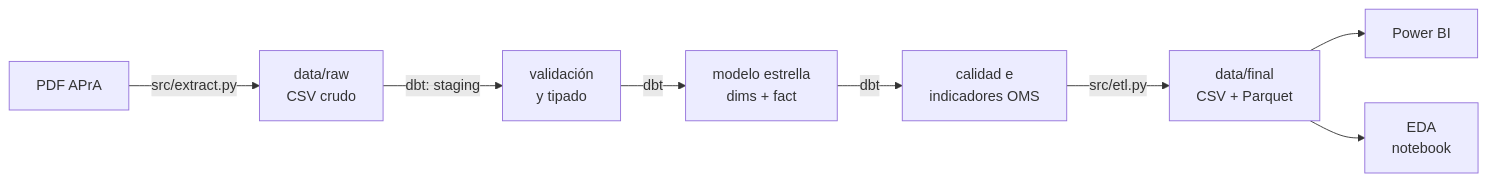
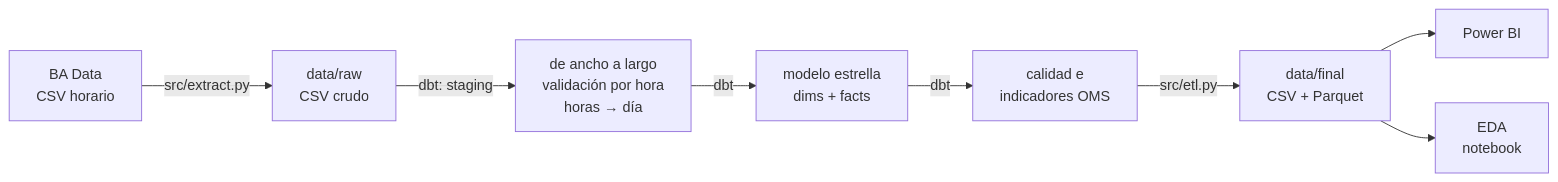
The diagram in README.md (ezequielmaranda/nox-ciudad), drawn with Mermaid before and after one commit. The commit also changed other lines of this file and 19 other files, not shown here.

````diff
--- a/README.md
+++ b/README.md
@@ -220,10 +228,10 @@
 ```mermaid
 flowchart LR
-    A["PDF APrA"] -- "src/extract.py" --> B["data/raw<br/>CSV crudo"]
-    B -- "dbt: staging" --> C["validación<br/>y tipado"]
-    C -- "dbt" --> D["modelo estrella<br/>dims + fact"]
+    A["BA Data<br/>CSV horario"] -- "src/extract.py" --> B["data/raw<br/>CSV crudo"]
+    B -- "dbt: staging" --> C["de ancho a largo<br/>validación por hora<br/>horas → día"]
+    C -- "dbt" --> D["modelo estrella<br/>dims + facts"]
     D -- "dbt" --> E["calidad e<br/>indicadores OMS"]
     E -- "src/etl.py" --> F["data/final<br/>CSV + Parquet"]
     F --> G["Power BI"]
     F --> H["EDA<br/>notebook"]
 ```
````
